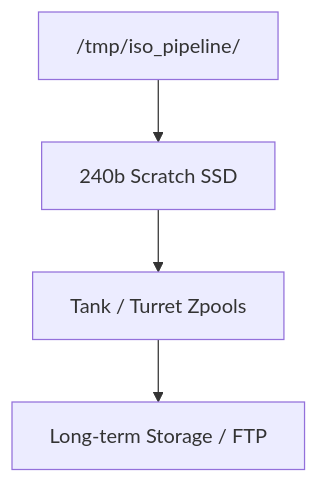
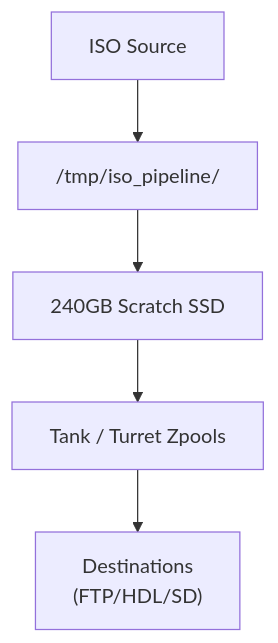
The fourth of 4 diagrams in architecture.md (patrickfcarey/loadout-pipeline), drawn with Mermaid before and after one commit. The commit also changed other lines of this file, not shown here.

````diff
--- a/architecture.md
+++ b/architecture.md
@@ -143,10 +121,12 @@
 ```mermaid
 flowchart TD
+    SRC["ISO Source"]
     TMP["/tmp/iso_pipeline/"]
-    SSD["240b Scratch SSD"]
-    HDD["Tank / Turret Zpools"]
-    Archive["Long-term Storage / FTP"]
-    TMP --> SSD
-    SSD --> HDD
-    HDD --> Archive
+    SCRATCH["240GB Scratch SSD"]
+    PERSISTENT["Tank / Turret Zpools"]
+    DEST["Destinations<br/>(FTP/HDL/SD)"]
+    SRC --> TMP
+    TMP --> SCRATCH
+    SCRATCH --> PERSISTENT
+    PERSISTENT --> DEST
 ```
````
